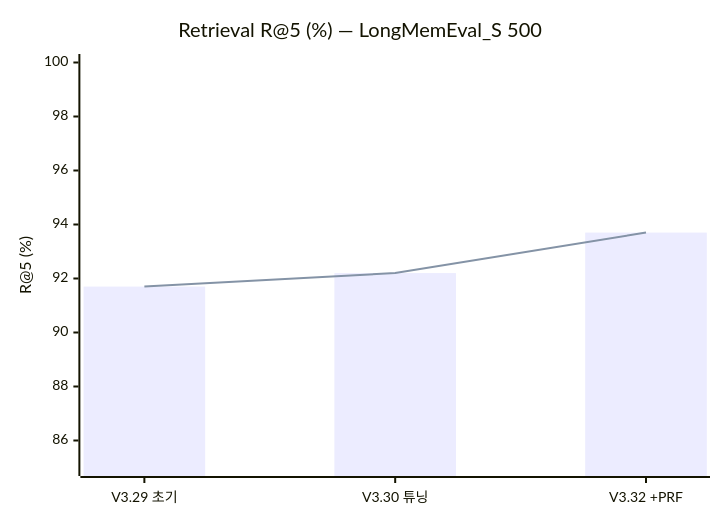
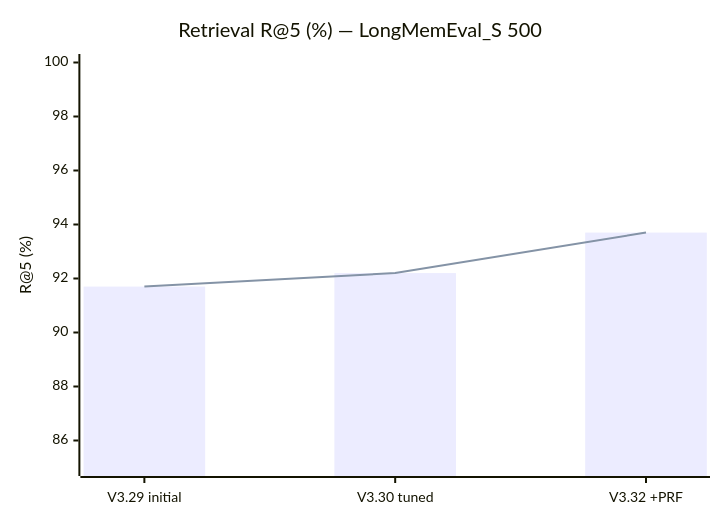
The second of 7 diagrams in README.md (treestar84/memory-brain), drawn with Mermaid before and after one commit. The commit also changed other lines of this file and 10 other files, not shown here.

````diff
--- a/README.md
+++ b/README.md
@@ -99,8 +128,8 @@
 ```mermaid
 xychart-beta
     title "Retrieval R@5 (%) — LongMemEval_S 500"
-    x-axis ["V3.29 초기", "V3.30 튜닝", "V3.32 +PRF"]
+    x-axis ["V3.29 initial", "V3.30 tuned", "V3.32 +PRF"]
     y-axis "R@5 (%)" 85 --> 100
     bar [91.7, 92.2, 93.7]
     line [91.7, 92.2, 93.7]
 ```
````
